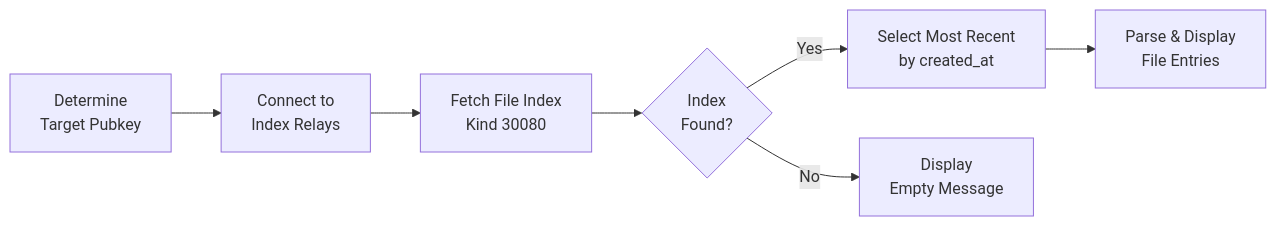
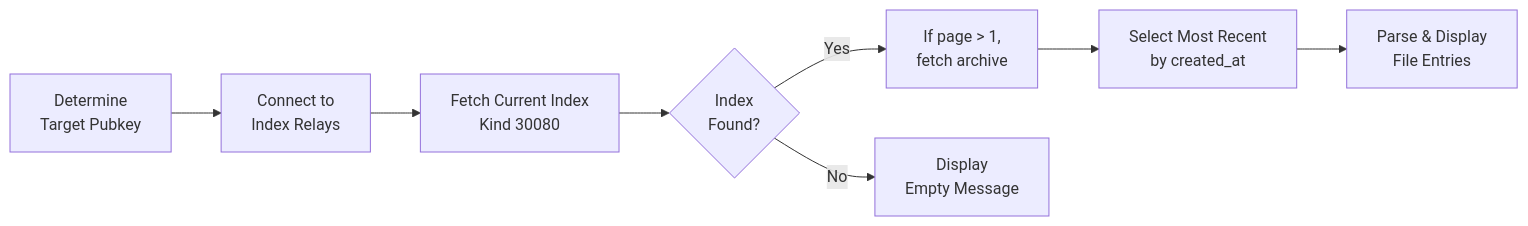
Before and after one commit to andrewtheguy/nostrsave: the third of 5 diagrams in docs/ARCHITECTURE.md, drawn with Mermaid. The commit also changed other lines of this file and 1 other file, not shown here.

Commit message:
docs: clarify architecture and indexing details in documentation

````diff
--- a/docs/ARCHITECTURE.md
+++ b/docs/ARCHITECTURE.md
@@ -36,9 +36,10 @@
 ```mermaid
 flowchart LR
     A[Determine<br/>Target Pubkey] --> B[Connect to<br/>Index Relays]
-    B --> C[Fetch File Index<br/>Kind 30080]
+    B --> C[Fetch Current Index<br/>Kind 30080]
     C --> D{Index<br/>Found?}
-    D -->|Yes| E[Select Most Recent<br/>by created_at]
+    D -->|Yes| E[If page > 1,<br/>fetch archive]
     D -->|No| F[Display<br/>Empty Message]
-    E --> G[Parse & Display<br/>File Entries]
+    E --> G[Select Most Recent<br/>by created_at]
+    G --> H[Parse & Display<br/>File Entries]
 ```
````
